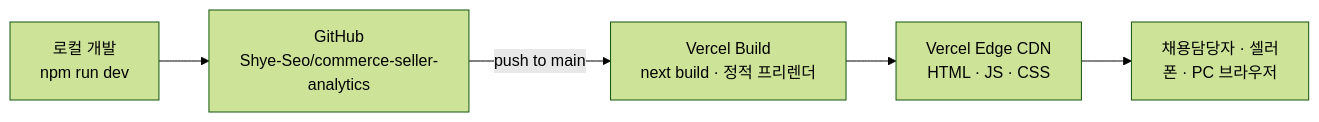
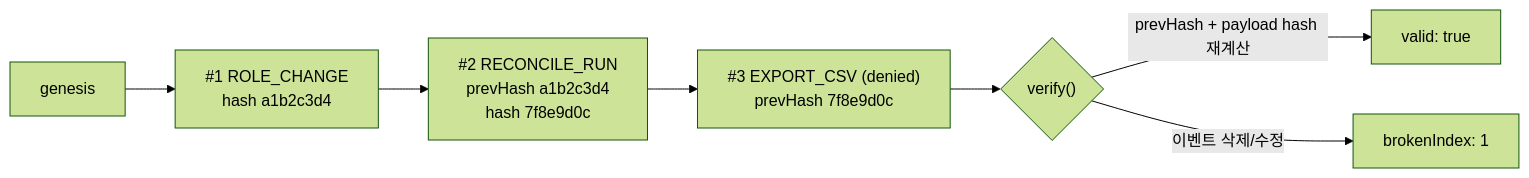
The fourth of 4 diagrams in README.md (Shye-Seo/commerce-seller-analytics), drawn with Mermaid (forest theme) before and after one commit. The commit also changed other lines of this file and 1 other file, not shown here.

````diff
--- a/README.md
+++ b/README.md
@@ -349,7 +469,9 @@
 ```mermaid
 flowchart LR
-    DEV["로컬 개발<br/>npm run dev"] --> GH["GitHub<br/>Shye-Seo/commerce-seller-analytics"]
-    GH -->|"push to main"| BUILD["Vercel Build<br/>next build · 정적 프리렌더"]
-    BUILD --> CDN["Vercel Edge CDN<br/>HTML · JS · CSS"]
-    CDN --> USER["채용담당자 · 셀러<br/>폰 · PC 브라우저"]
+  G["genesis"] --> E1["#1 ROLE_CHANGE<br/>hash a1b2c3d4"]
+  E1 --> E2["#2 RECONCILE_RUN<br/>prevHash a1b2c3d4<br/>hash 7f8e9d0c"]
+  E2 --> E3["#3 EXPORT_CSV (denied)<br/>prevHash 7f8e9d0c"]
+  E3 --> V{"verify()"}
+  V -->|"prevHash + payload hash 재계산"| OK["valid: true"]
+  V -->|"이벤트 삭제/수정"| BAD["brokenIndex: 1"]
 ```
````
